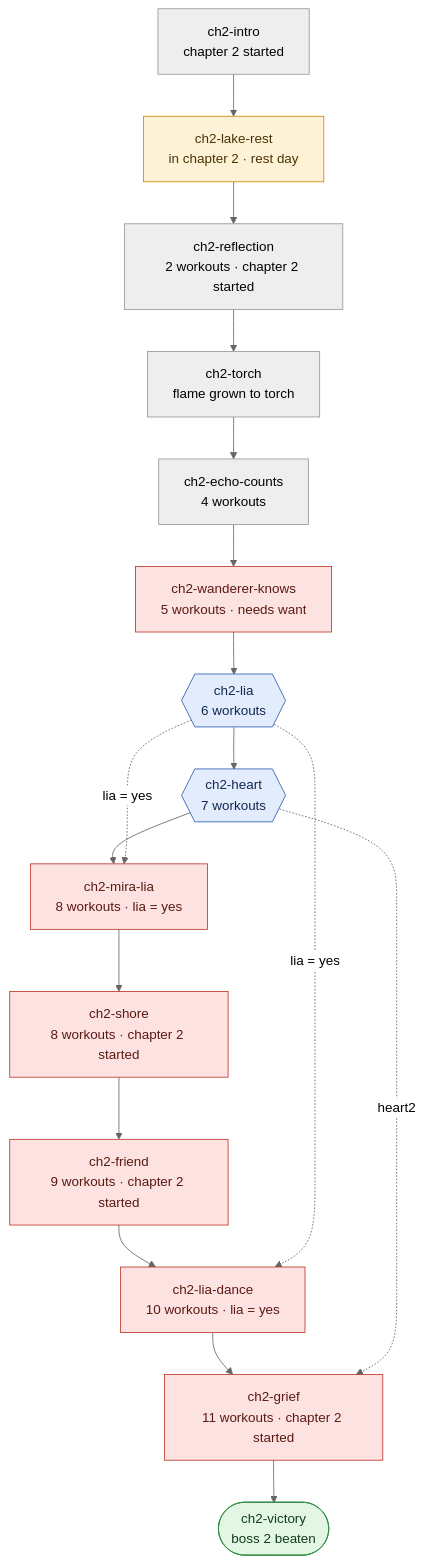
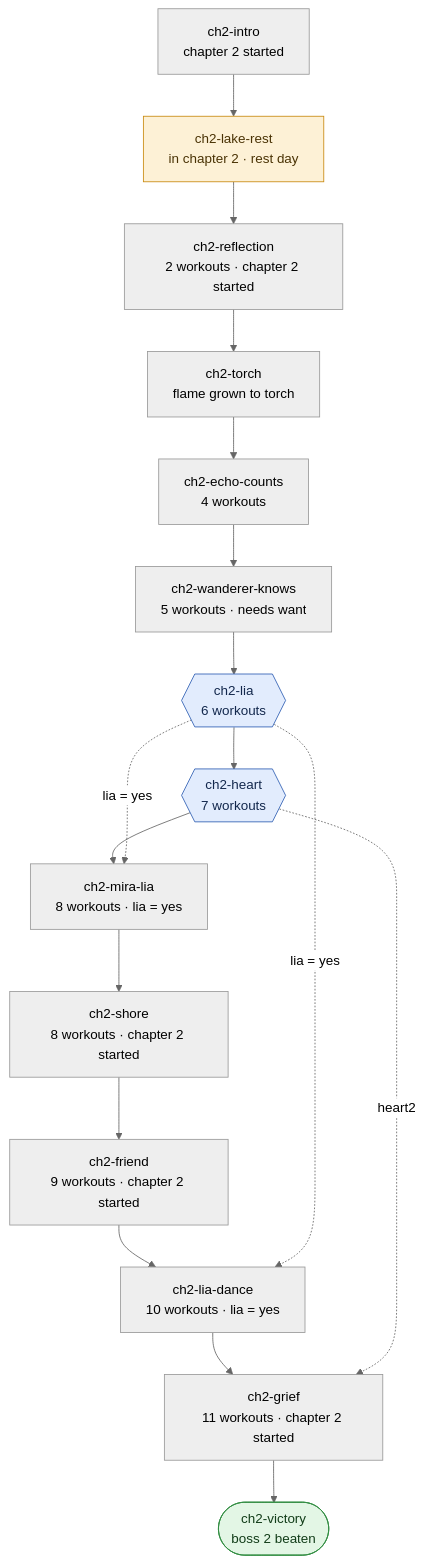
Before and after one commit to damicoedoardo/calisthenics-quest: diagram 13 of 17 in src/story/graph.md, drawn with Mermaid (neutral theme). The commit also changed other lines of this file and 14 other files, not shown here.

First line of the commit message:
Story catches up when a boss falls early, and the graph test holds it

````diff
--- a/src/story/graph.md
+++ b/src/story/graph.md
@@ -373,47 +305,41 @@
 ```mermaid
 flowchart TD
   ch2_intro["ch2-intro<br/>chapter 2 started"]
   ch2_lake_rest["ch2-lake-rest<br/>in chapter 2 · rest day"]
   ch2_reflection["ch2-reflection<br/>2 workouts · chapter 2 started"]
   ch2_torch["ch2-torch<br/>flame grown to torch"]
   ch2_echo_counts["ch2-echo-counts<br/>4 workouts"]
   ch2_wanderer_knows["ch2-wanderer-knows<br/>5 workouts · needs want"]
   ch2_lia{{"ch2-lia<br/>6 workouts"}}
   ch2_heart{{"ch2-heart<br/>7 workouts"}}
   ch2_mira_lia["ch2-mira-lia<br/>8 workouts · lia = yes"]
   ch2_shore["ch2-shore<br/>8 workouts · chapter 2 started"]
   ch2_friend["ch2-friend<br/>9 workouts · chapter 2 started"]
   ch2_lia_dance["ch2-lia-dance<br/>10 workouts · lia = yes"]
   ch2_grief["ch2-grief<br/>11 workouts · chapter 2 started"]
   ch2_victory(["ch2-victory<br/>boss 2 beaten"])
   ch2_intro --> ch2_lake_rest
   ch2_lake_rest --> ch2_reflection
   ch2_reflection --> ch2_torch
   ch2_torch --> ch2_echo_counts
   ch2_echo_counts --> ch2_wanderer_knows
   ch2_wanderer_knows --> ch2_lia
   ch2_lia --> ch2_heart
   ch2_heart --> ch2_mira_lia
   ch2_mira_lia --> ch2_shore
   ch2_shore --> ch2_friend
   ch2_friend --> ch2_lia_dance
   ch2_lia_dance --> ch2_grief
   ch2_grief --> ch2_victory
   ch2_lia -.->|"lia = yes"| ch2_mira_lia
   ch2_lia -.->|"lia = yes"| ch2_lia_dance
   ch2_heart -.->|"heart2"| ch2_grief
   classDef lost fill:#fde2e2,stroke:#c0392b,color:#5b1a12
   classDef only fill:#fdf1d6,stroke:#c98a10,color:#4a3305
   classDef ask fill:#e2ecfd,stroke:#2f5fb3,color:#13284d
   classDef done fill:#e3f6e5,stroke:#2e8b3e,color:#123d19
-  class ch2_wanderer_knows lost
   class ch2_lia ask
   class ch2_heart ask
-  class ch2_mira_lia lost
-  class ch2_shore lost
-  class ch2_friend lost
   class ch2_lake_rest only
-  class ch2_lia_dance lost
-  class ch2_grief lost
   class ch2_victory done
 ```
````
